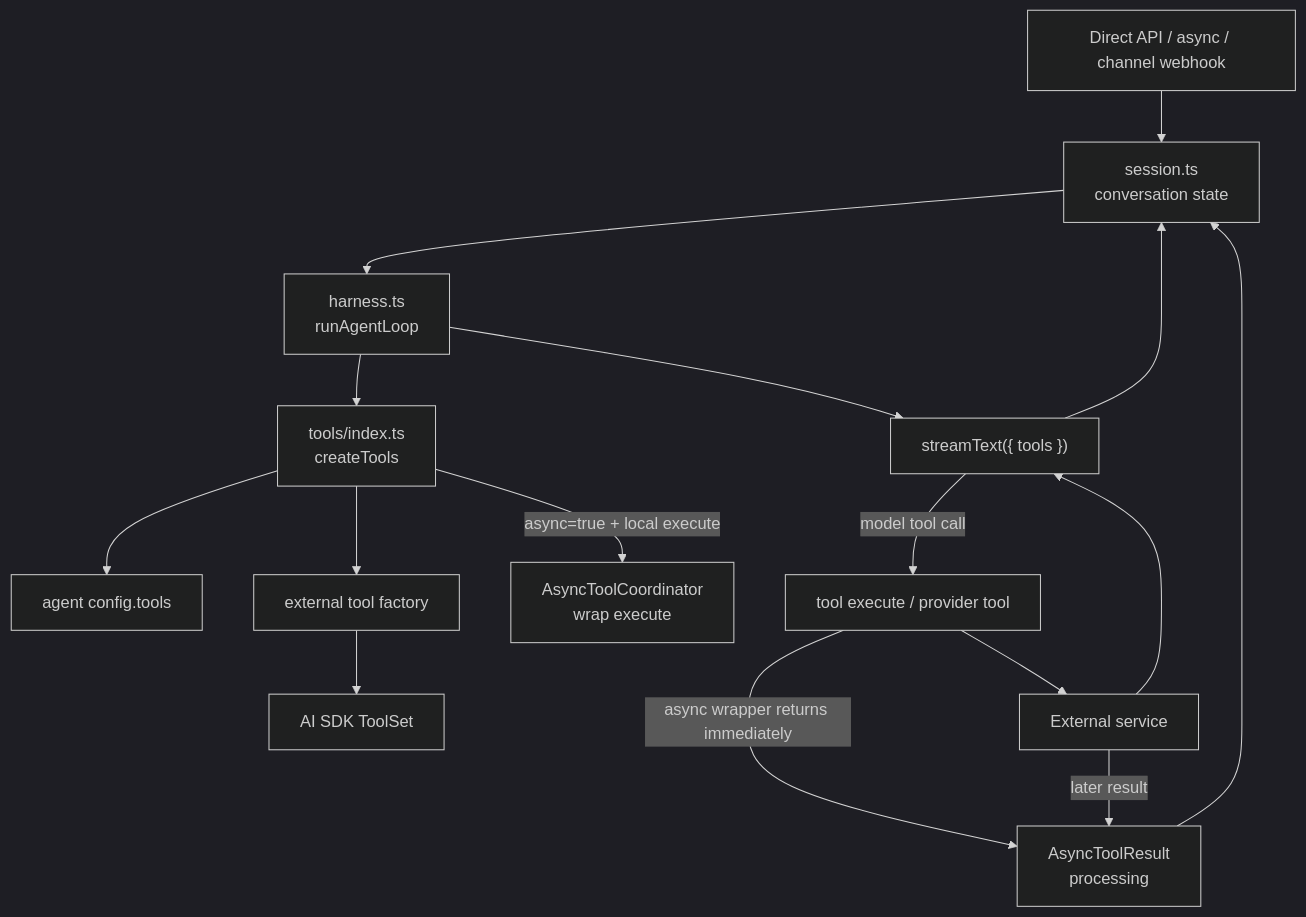
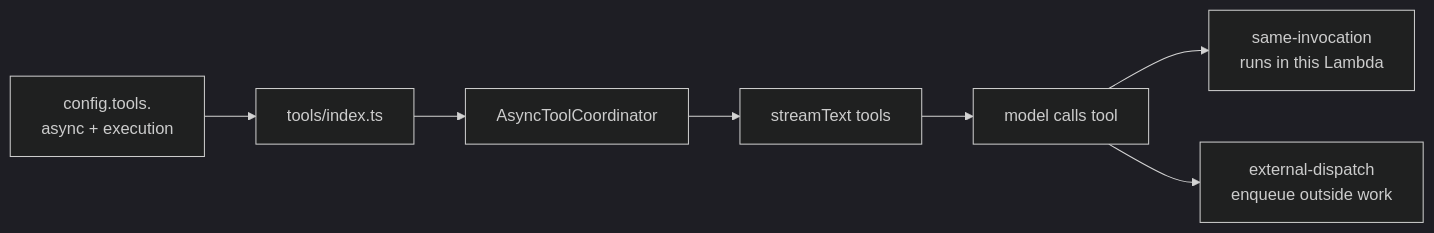
One commit to beeblastco/filthy-panty changed the first of 2 diagrams in docs/tools.md. Above: the diagram before and after it, drawn with Mermaid (dark theme). The commit also changed other lines of this file and 20 other files, not shown here.

First line of the commit message:
feat: add external async tool dispatch with execution modes

````diff
--- a/docs/tools.md
+++ b/docs/tools.md
@@ -7,18 +7,9 @@
 ```mermaid
-flowchart TD
-  Request["Direct API / async / channel webhook"] --> Session["session.ts<br/>conversation state"]
-  Session --> Harness["harness.ts<br/>runAgentLoop"]
-  Harness --> Registry["tools/index.ts<br/>createTools"]
-  Registry --> Config["agent config.tools"]
-  Registry --> Factory["external tool factory"]
-  Factory --> ToolSet["AI SDK ToolSet"]
-  Registry -->|"async=true + local execute"| AsyncWrap["AsyncToolCoordinator<br/>wrap execute"]
-  Harness --> Stream["streamText({ tools })"]
-  Stream -->|"model tool call"| Execute["tool execute / provider tool"]
-  Execute --> External["External service"]
-  External --> Stream
-  Execute -->|"async wrapper returns immediately"| Pending["AsyncToolResult<br/>processing"]
-  External -->|"later result"| Pending
-  Pending --> Session
-  Stream --> Session
+flowchart LR
+  Config["config.tools.<name><br/>async + execution"] --> Registry["tools/index.ts"]
+  Registry --> Wrap["AsyncToolCoordinator"]
+  Wrap --> Model["streamText tools"]
+  Model --> Call["model calls tool"]
+  Call --> Same["same-invocation<br/>runs in this Lambda"]
+  Call --> External["external-dispatch<br/>enqueue outside work"]
 ```
````
